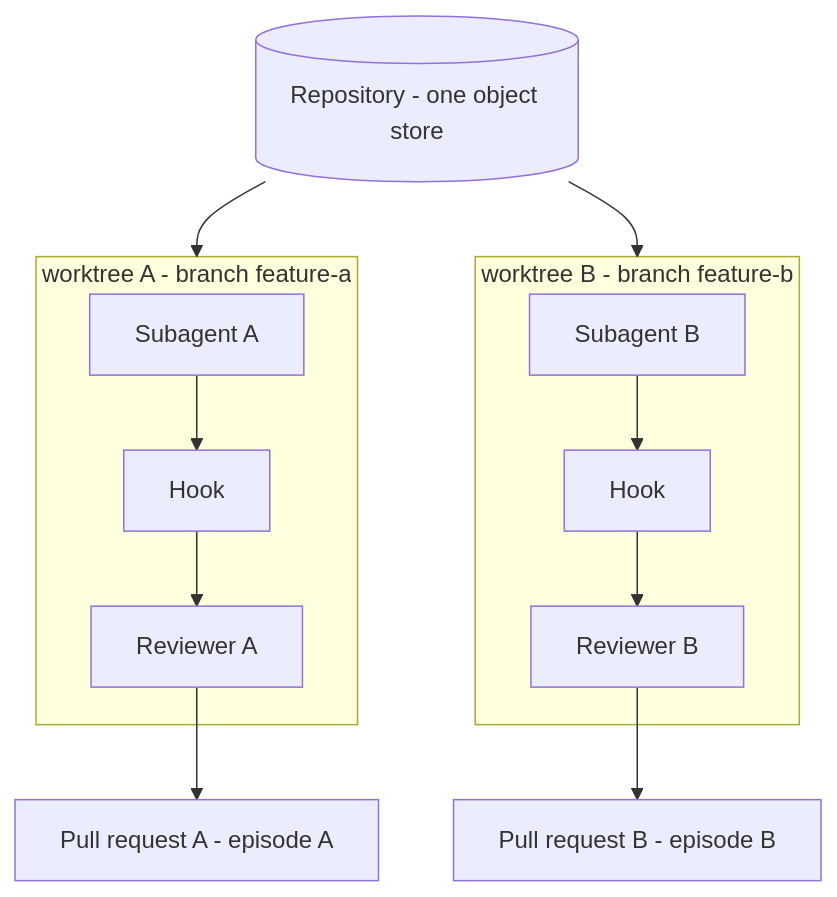
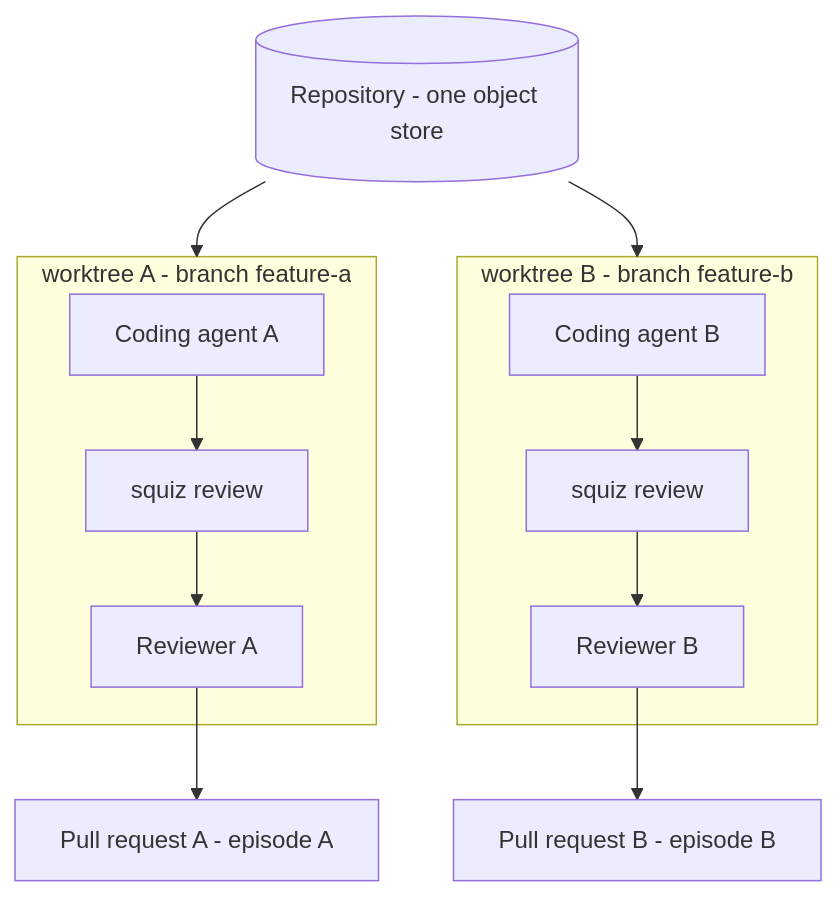
One commit to jacygao/squiz changed the second of 2 diagrams in docs/specs/review-harness-spec.md. Above: the diagram before and after it, drawn with Mermaid. The commit also changed other lines of this file and 1 other file, not shown here.

First line of the commit message:
Specify squiz review, which the coding agent runs in place of the SubagentStop hook

````diff
--- a/docs/specs/review-harness-spec.md
+++ b/docs/specs/review-harness-spec.md
@@ -284,17 +299,17 @@
 ```mermaid
 flowchart TD
     R[(Repository - one object store)]
 
     subgraph WA [worktree A - branch feature-a]
-        AS[Subagent A] --> AH[Hook] --> AR[Reviewer A]
+        AS[Coding agent A] --> AH[squiz review] --> AR[Reviewer A]
     end
 
     subgraph WB [worktree B - branch feature-b]
-        BS[Subagent B] --> BH[Hook] --> BR[Reviewer B]
+        BS[Coding agent B] --> BH[squiz review] --> BR[Reviewer B]
     end
 
     R --> WA
     R --> WB
     AR --> PA[Pull request A - episode A]
     BR --> PB[Pull request B - episode B]
 ```
````
